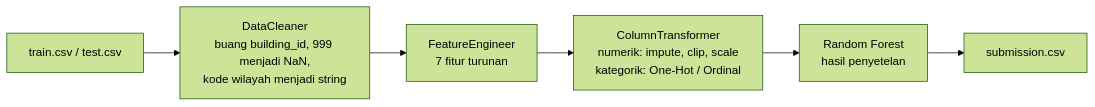
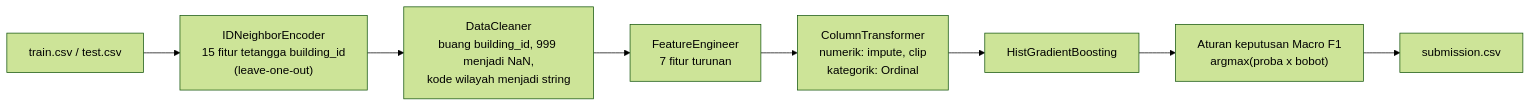
Before and after one commit to gisellsjians/Structural-Damage-Classification: the diagram in README.md, drawn with Mermaid (forest theme). The commit also changed other lines of this file and 22 other files, not shown here.

````diff
--- a/README.md
+++ b/README.md
@@ -154,8 +158,10 @@
 ```mermaid
 flowchart LR
-    A["train.csv / test.csv"] --> B["DataCleaner<br/>buang building_id, 999 menjadi NaN,<br/>kode wilayah menjadi string"]
+    A["train.csv / test.csv"] --> N["IDNeighborEncoder<br/>15 fitur tetangga building_id<br/>(leave-one-out)"]
+    N --> B["DataCleaner<br/>buang building_id, 999 menjadi NaN,<br/>kode wilayah menjadi string"]
     B --> C["FeatureEngineer<br/>7 fitur turunan"]
-    C --> D["ColumnTransformer<br/>numerik: impute, clip, scale<br/>kategorik: One-Hot / Ordinal"]
-    D --> E["Random Forest<br/>hasil penyetelan"]
-    E --> F["submission.csv"]
+    C --> D["ColumnTransformer<br/>numerik: impute, clip<br/>kategorik: Ordinal"]
+    D --> E["HistGradientBoosting"]
+    E --> G["Aturan keputusan Macro F1<br/>argmax(proba x bobot)"]
+    G --> F["submission.csv"]
 ```
````
